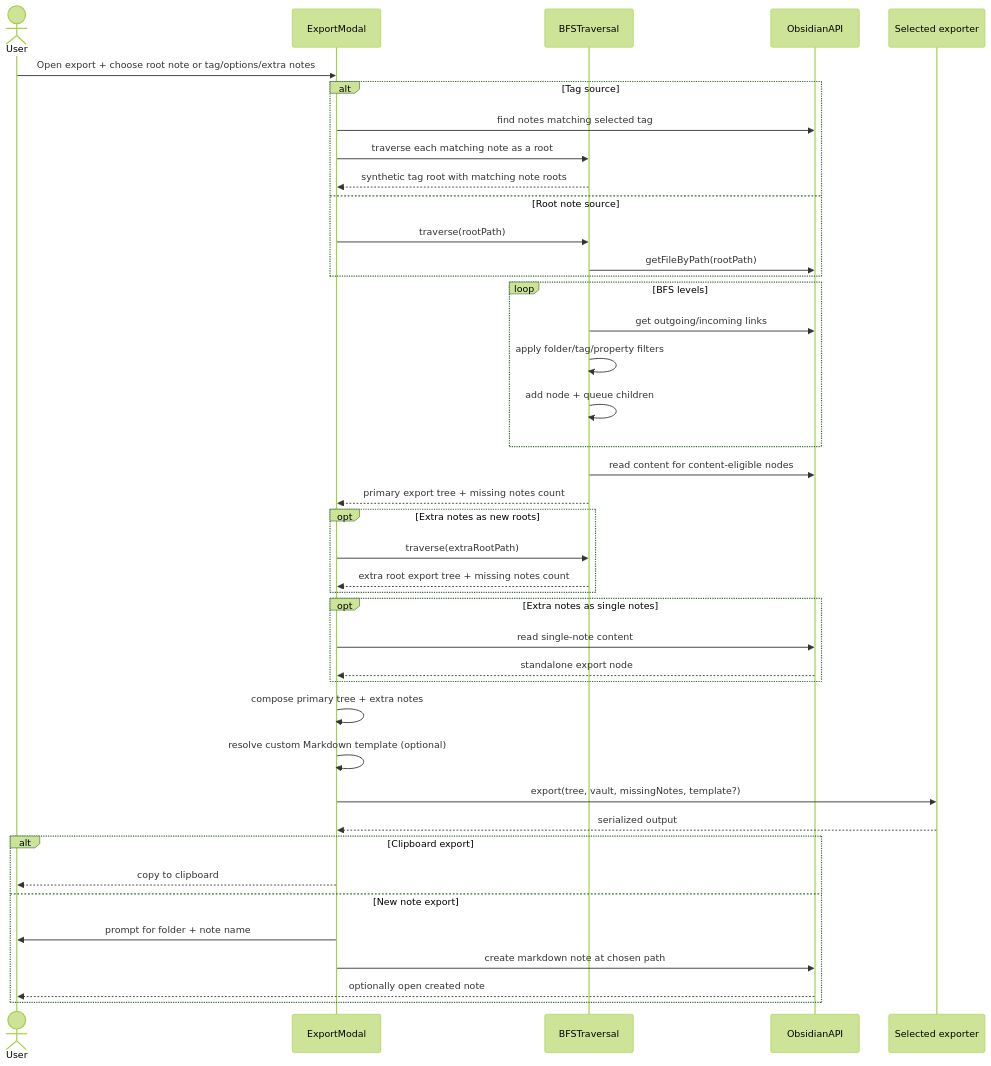
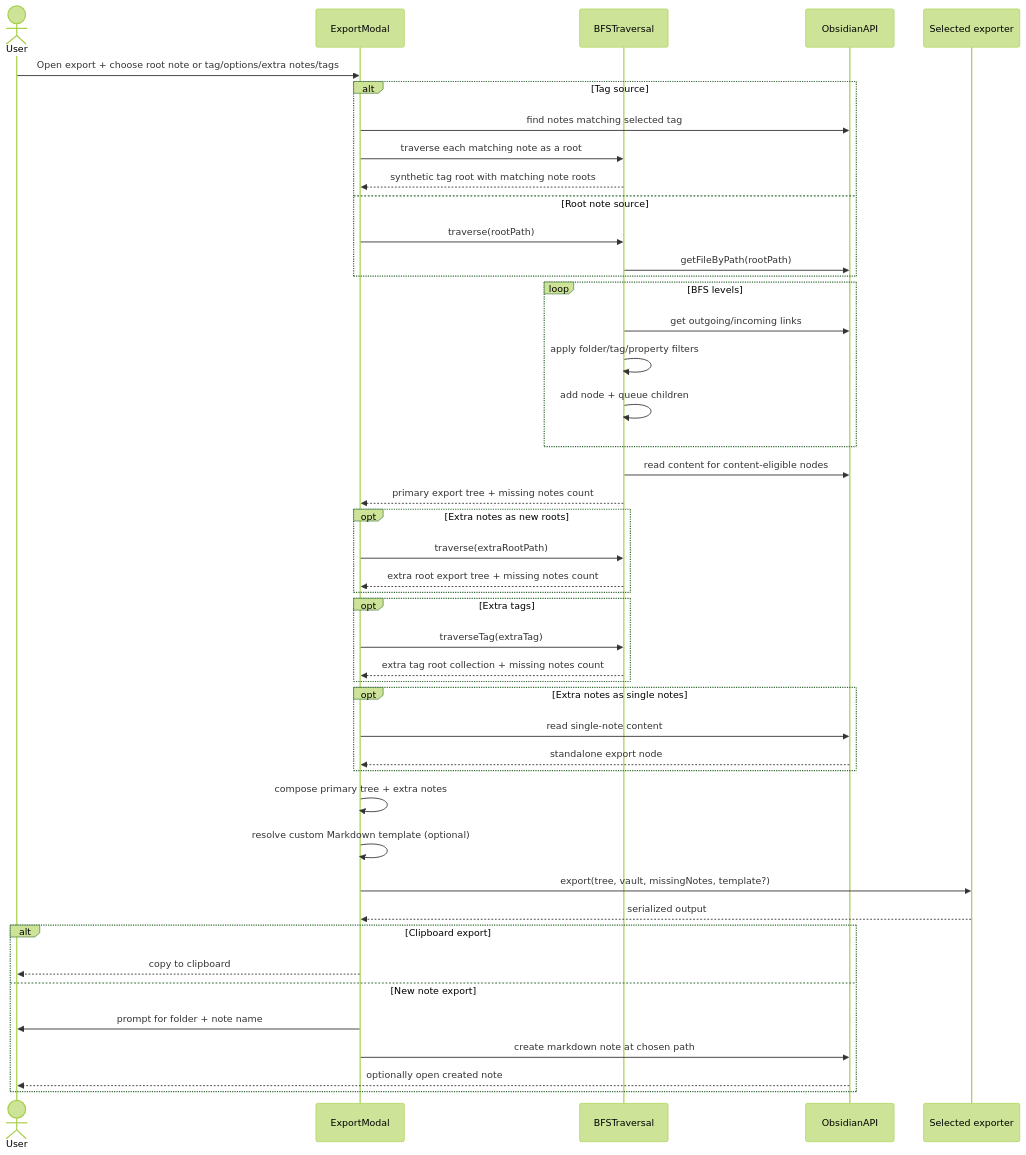
The first of 3 diagrams in docs/export-architecture.md (LittleHaku/obsidian-smart-export), drawn with Mermaid (forest theme) before and after one commit. The commit also changed other lines of this file and 3 other files, not shown here.

Commit message:
extra tag

````diff
--- a/docs/export-architecture.md
+++ b/docs/export-architecture.md
@@ -23,44 +23,48 @@
 ```mermaid
 sequenceDiagram
     actor User
     participant Modal as ExportModal
     participant Traversal as BFSTraversal
     participant API as ObsidianAPI
     participant Exporter as Selected exporter
 
-    User->>Modal: Open export + choose root note or tag/options/extra notes
+    User->>Modal: Open export + choose root note or tag/options/extra notes/tags
     alt Tag source
         Modal->>API: find notes matching selected tag
         Modal->>Traversal: traverse each matching note as a root
         Traversal-->>Modal: synthetic tag root with matching note roots
     else Root note source
         Modal->>Traversal: traverse(rootPath)
         Traversal->>API: getFileByPath(rootPath)
     end
     loop BFS levels
         Traversal->>API: get outgoing/incoming links
         Traversal->>Traversal: apply folder/tag/property filters
         Traversal->>Traversal: add node + queue children
     end
     Traversal->>API: read content for content-eligible nodes
     Traversal-->>Modal: primary export tree + missing notes count
     opt Extra notes as new roots
         Modal->>Traversal: traverse(extraRootPath)
         Traversal-->>Modal: extra root export tree + missing notes count
     end
+    opt Extra tags
+        Modal->>Traversal: traverseTag(extraTag)
+        Traversal-->>Modal: extra tag root collection + missing notes count
+    end
     opt Extra notes as single notes
         Modal->>API: read single-note content
         API-->>Modal: standalone export node
     end
     Modal->>Modal: compose primary tree + extra notes
     Modal->>Modal: resolve custom Markdown template (optional)
     Modal->>Exporter: export(tree, vault, missingNotes, template?)
     Exporter-->>Modal: serialized output
     alt Clipboard export
         Modal-->>User: copy to clipboard
     else New note export
         Modal->>User: prompt for folder + note name
         Modal->>API: create markdown note at chosen path
         API-->>User: optionally open created note
     end
 ```
````
